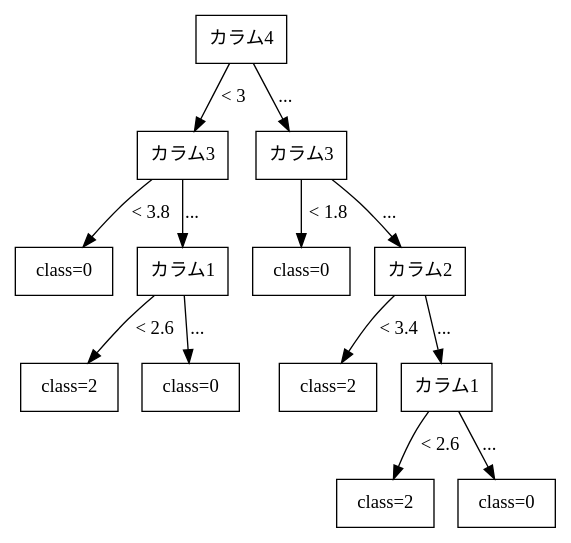
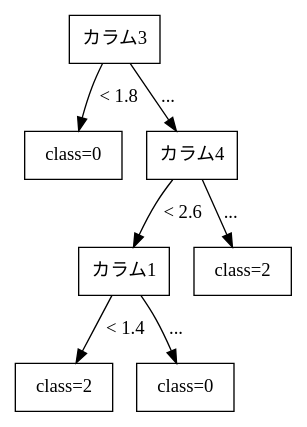
The diagram in NSSESAT_backend/new_tree.dot (TakuyaMitarai/NSSESAT_Visualizer), drawn with Graphviz before and after one commit. The commit also changed 61 other files, not shown here.

```diff
--- a/NSSESAT_backend/new_tree.dot
+++ b/NSSESAT_backend/new_tree.dot
@@ -1,38 +1,24 @@
 digraph G {
 node [shape=box];
 
-0 [label="カラム4"];
+0 [label="カラム3"];
 
-1 [label="カラム3"];
-6 [label="カラム3"];
+1 [label="class=0"];
+2 [label="カラム4"];
 
-0 -> 1 [label="< 3"];
-0 -> 6 [label="..."];
+0 -> 1 [label="< 1.8"];
+0 -> 2 [label="..."];
 
-2 [label="class=0"];
 3 [label="カラム1"];
-7 [label="class=0"];
-8 [label="カラム2"];
+6 [label="class=2"];
 
-1 -> 2 [label="< 3.8"];
-1 -> 3 [label="..."];
-6 -> 7 [label="< 1.8"];
-6 -> 8 [label="..."];
+2 -> 3 [label="< 2.6"];
+2 -> 6 [label="..."];
 
 4 [label="class=2"];
 5 [label="class=0"];
-9 [label="class=2"];
-10 [label="カラム1"];
 
-3 -> 4 [label="< 2.6"];
+3 -> 4 [label="< 1.4"];
 3 -> 5 [label="..."];
-8 -> 9 [label="< 3.4"];
-8 -> 10 [label="..."];
-
-11 [label="class=2"];
-12 [label="class=0"];
-
-10 -> 11 [label="< 2.6"];
-10 -> 12 [label="..."];
 
 }
```
